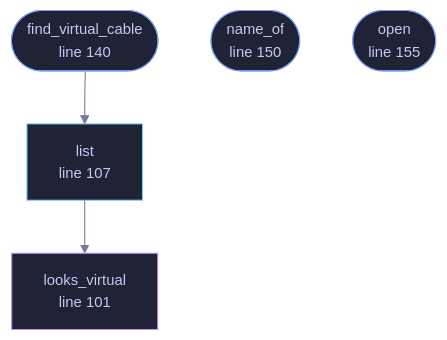
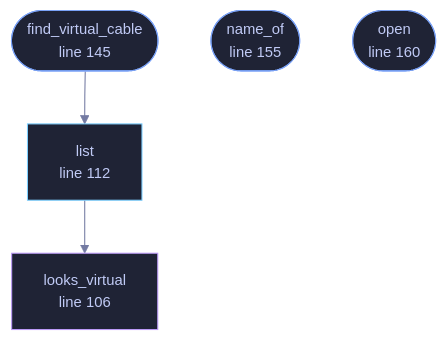
Before and after one commit to tilas01/veilvoice: the diagram in docs/files/veilvoice-audio/devices.md, drawn with Mermaid. The commit also changed other lines of this file and 528 other files, not shown here.

````diff
--- a/docs/files/veilvoice-audio/devices.md
+++ b/docs/files/veilvoice-audio/devices.md
@@ -116,22 +116,22 @@
 ```mermaid
 %%{init: {"theme":"base","themeVariables":{"background":"#1a1b26","primaryColor":"#1f2335","primaryTextColor":"#c0caf5","primaryBorderColor":"#7aa2f7","secondaryColor":"#16161e","tertiaryColor":"#16161e","lineColor":"#737aa2","textColor":"#c0caf5","mainBkg":"#1f2335","nodeBorder":"#7aa2f7","clusterBkg":"#16161e","clusterBorder":"#2f3549","fontFamily":"ui-monospace, SFMono-Regular, Consolas, monospace","fontSize":"14px"}}}%%
 flowchart TD
-    n_looks_virtual["looks_virtual<br/>line 101"]
-    n_list["list<br/>line 107"]
-    n_find_virtual_cable(["find_virtual_cable<br/>line 140"])
-    n_name_of(["name_of<br/>line 150"])
-    n_open(["open<br/>line 155"])
+    n_looks_virtual["looks_virtual<br/>line 106"]
+    n_list["list<br/>line 112"]
+    n_find_virtual_cable(["find_virtual_cable<br/>line 145"])
+    n_name_of(["name_of<br/>line 155"])
+    n_open(["open<br/>line 160"])
     n_find_virtual_cable --> n_list
     n_list --> n_looks_virtual
-    click n_looks_virtual href "https://github.com/tilas01/veilvoice/blob/main/crates/veilvoice-audio/src/devices.rs#L101" "open the source"
-    click n_list href "https://github.com/tilas01/veilvoice/blob/main/crates/veilvoice-audio/src/devices.rs#L107" "open the source"
-    click n_find_virtual_cable href "https://github.com/tilas01/veilvoice/blob/main/crates/veilvoice-audio/src/devices.rs#L140" "open the source"
-    click n_name_of href "https://github.com/tilas01/veilvoice/blob/main/crates/veilvoice-audio/src/devices.rs#L150" "open the source"
-    click n_open href "https://github.com/tilas01/veilvoice/blob/main/crates/veilvoice-audio/src/devices.rs#L155" "open the source"
+    click n_looks_virtual href "https://github.com/tilas01/veilvoice/blob/main/crates/veilvoice-audio/src/devices.rs#L106" "open the source"
+    click n_list href "https://github.com/tilas01/veilvoice/blob/main/crates/veilvoice-audio/src/devices.rs#L112" "open the source"
+    click n_find_virtual_cable href "https://github.com/tilas01/veilvoice/blob/main/crates/veilvoice-audio/src/devices.rs#L145" "open the source"
+    click n_name_of href "https://github.com/tilas01/veilvoice/blob/main/crates/veilvoice-audio/src/devices.rs#L155" "open the source"
+    click n_open href "https://github.com/tilas01/veilvoice/blob/main/crates/veilvoice-audio/src/devices.rs#L160" "open the source"
     classDef entry fill:#1f2335,stroke:#7aa2f7,color:#c0caf5
     class n_find_virtual_cable,n_name_of,n_open entry
     classDef api fill:#1f2335,stroke:#7dcfff,color:#c0caf5
     class n_list api
     classDef helper fill:#1f2335,stroke:#bb9af7,color:#c0caf5
     class n_looks_virtual helper
 ```
````
